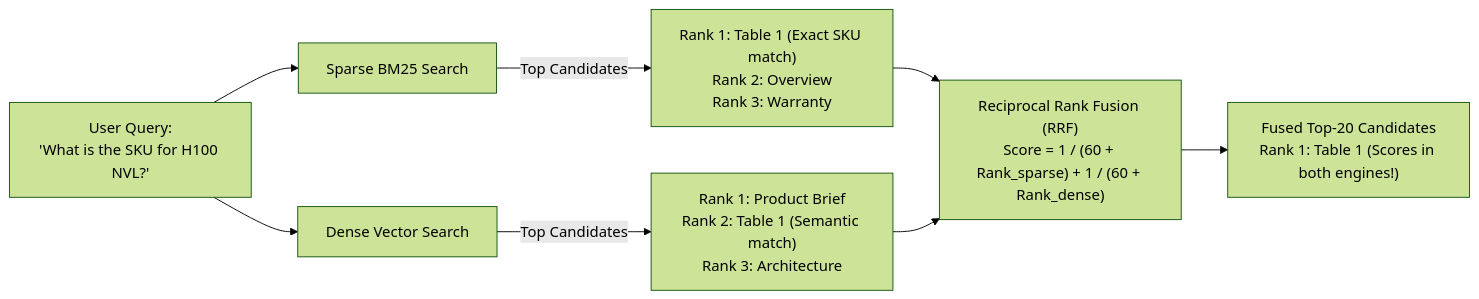
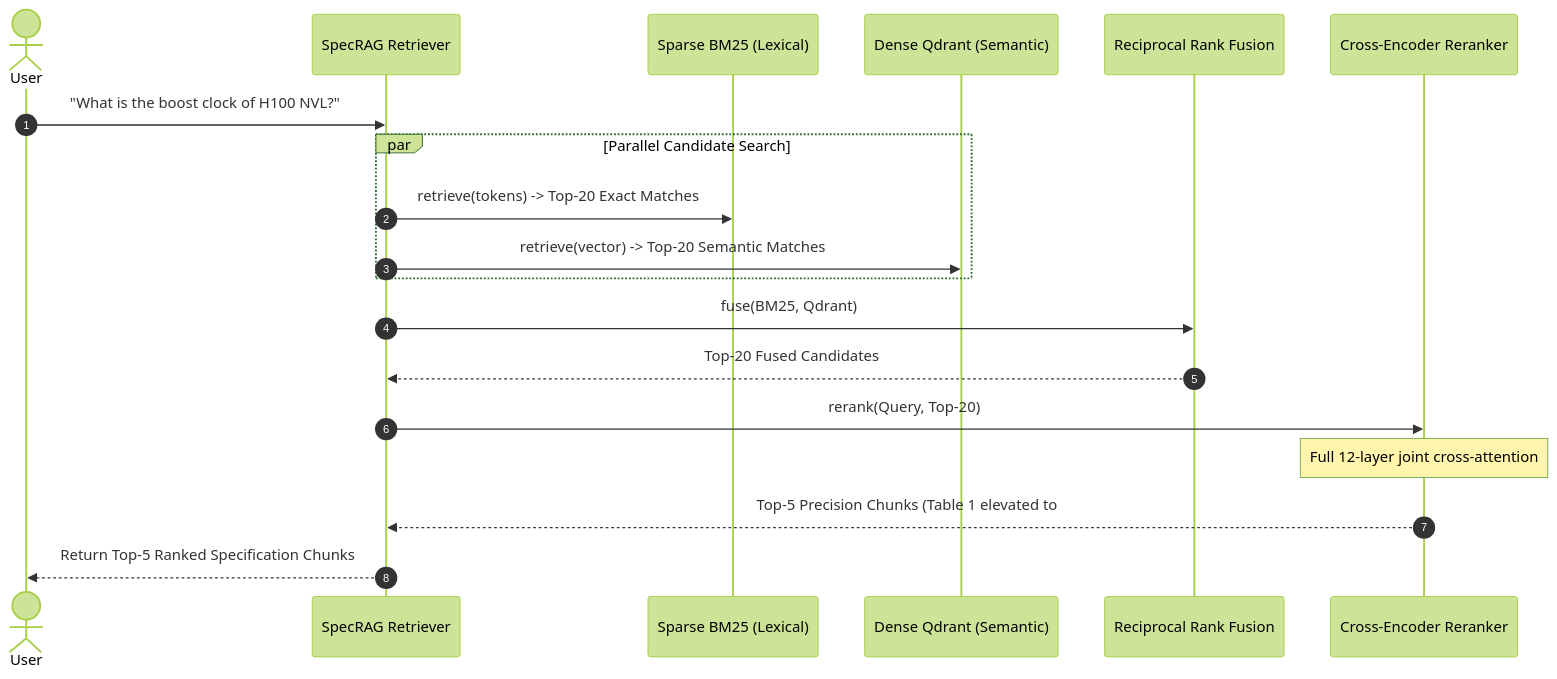
One commit to frasheed-dev/specrag changed the fifth of 8 diagrams in README.md. Above: the diagram before and after it, drawn with Mermaid (forest theme). The commit also changed other lines of this file, not shown here.

Commit message:
docs: add metric explanations (Hit Rate, MRR, Latency, CPU vs GPU) and multi-type Mermaid diagrams

````diff
--- a/README.md
+++ b/README.md
@@ -135,11 +148,26 @@
 ```mermaid
-flowchart LR
-    Q["User Query:\n'What is the SKU for H100 NVL?'"] --> BM25["Sparse BM25 Search"]
-    Q --> Dense["Dense Vector Search"]
+sequenceDiagram
+    autonumber
+    actor User
+    participant Pipeline as SpecRAG Retriever
+    participant BM25 as Sparse BM25 (Lexical)
+    participant Qdrant as Dense Qdrant (Semantic)
+    participant RRF as Reciprocal Rank Fusion
+    participant Rerank as Cross-Encoder Reranker
+
+    User->>Pipeline: "What is the boost clock of H100 NVL?"
     
-    BM25 -->|Top Candidates| R1["Rank 1: Table 1 (Exact SKU match)\nRank 2: Overview\nRank 3: Warranty"]
-    Dense -->|Top Candidates| R2["Rank 1: Product Brief\nRank 2: Table 1 (Semantic match)\nRank 3: Architecture"]
+    par Parallel Candidate Search
+        Pipeline->>BM25: retrieve(tokens) -> Top-20 Exact Matches
+        Pipeline->>Qdrant: retrieve(vector) -> Top-20 Semantic Matches
+    end
     
-    R1 & R2 --> RRF["Reciprocal Rank Fusion (RRF)\nScore = 1 / (60 + Rank_sparse) + 1 / (60 + Rank_dense)"]
-    RRF --> Out["Fused Top-20 Candidates\nRank 1: Table 1 (Scores in both engines!)"]
+    Pipeline->>RRF: fuse(BM25, Qdrant)
+    RRF-->>Pipeline: Top-20 Fused Candidates
+    
+    Pipeline->>Rerank: rerank(Query, Top-20)
+    Note over Rerank: Full 12-layer joint cross-attention
+    Rerank-->>Pipeline: Top-5 Precision Chunks (Table 1 elevated to #1)
+    
+    Pipeline-->>User: Return Top-5 Ranked Specification Chunks
 ```
````
